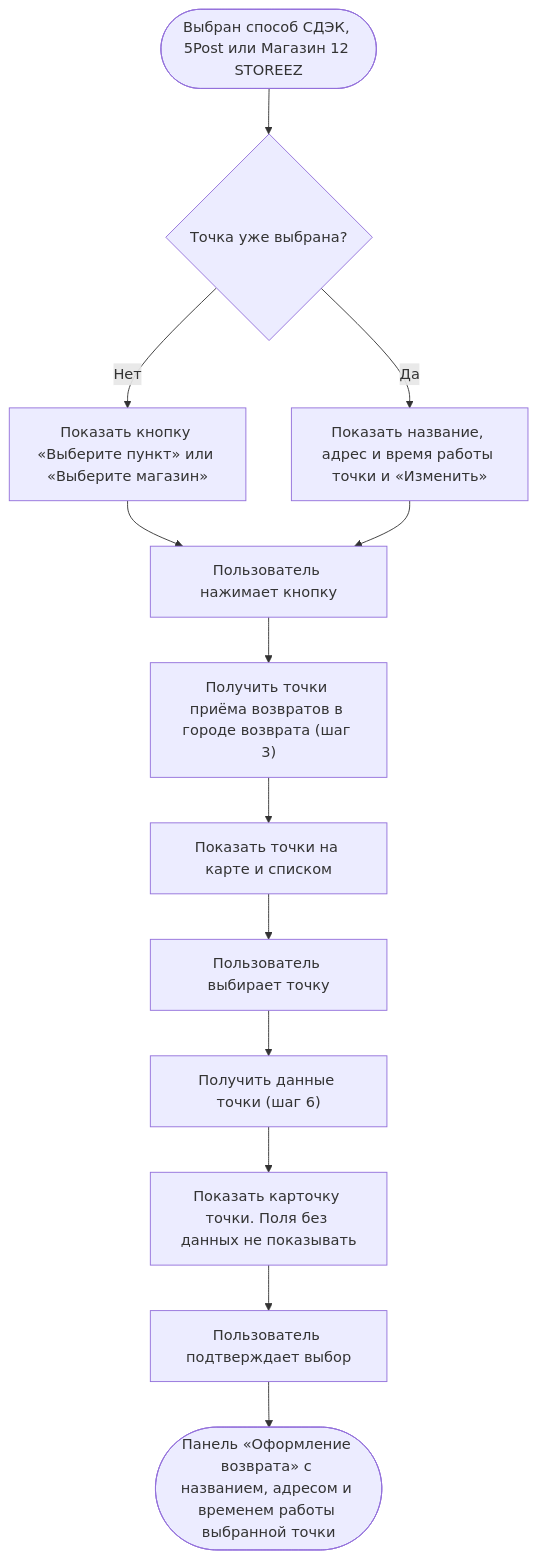
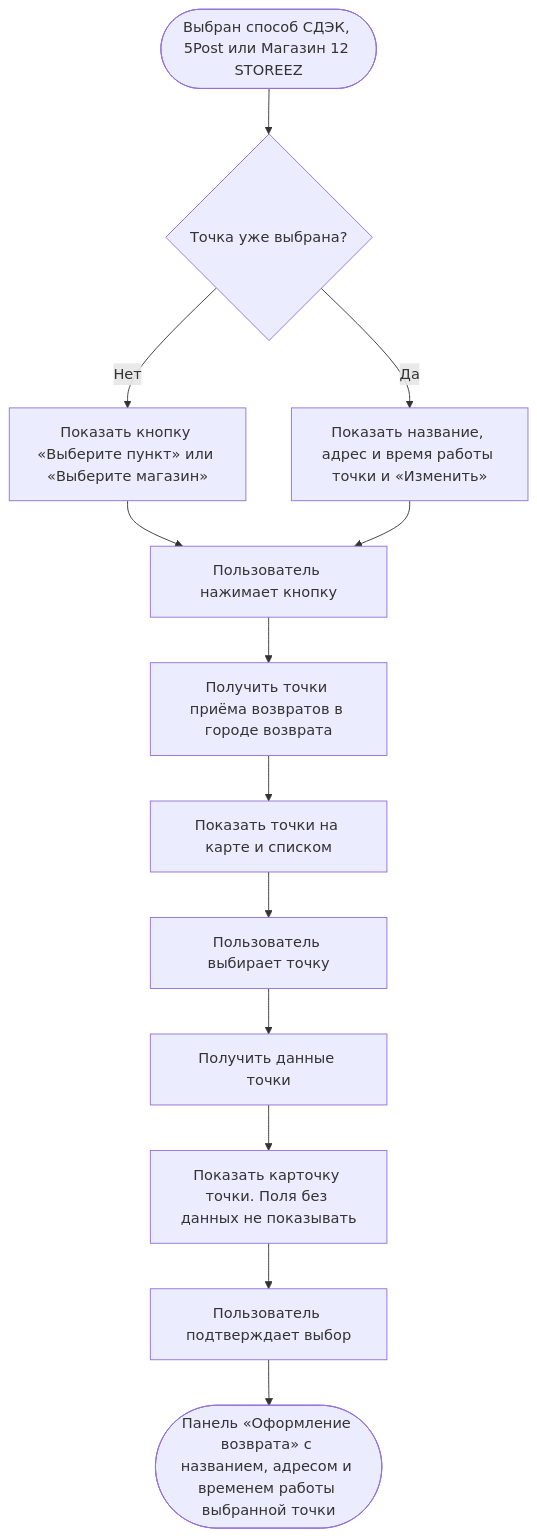
Before and after one commit to Terinss155/opencode-agents-analysis: diagram 12 of 26 in projects/returns-2.0/requirements/srs/srs-web-mvp.md, drawn with Mermaid. The commit also changed other lines of this file and 33 other files, not shown here.

````diff
--- a/projects/returns-2.0/requirements/srs/srs-web-mvp.md
+++ b/projects/returns-2.0/requirements/srs/srs-web-mvp.md
@@ -907,15 +829,15 @@
 ```mermaid
 flowchart TD
     S([Выбран способ СДЭК, 5Post или Магазин 12 STOREEZ]) --> A{"Точка уже выбрана?"}
     A -->|Нет| A1["Показать кнопку «Выберите пункт» или «Выберите магазин»"]
     A -->|Да| A2["Показать название, адрес и время работы точки и «Изменить»"]
     A1 --> B["Пользователь нажимает кнопку"]
     A2 --> B
-    B --> C["Получить точки приёма возвратов в городе возврата (шаг 3)"]
+    B --> C["Получить точки приёма возвратов в городе возврата"]
     C --> D["Показать точки на карте и списком"]
     D --> E["Пользователь выбирает точку"]
-    E --> F["Получить данные точки (шаг 6)"]
+    E --> F["Получить данные точки"]
     F --> G["Показать карточку точки. Поля без данных не показывать"]
     G --> H["Пользователь подтверждает выбор"]
     H --> Z([Панель «Оформление возврата» с названием, адресом и временем работы выбранной точки])
 ```
````
